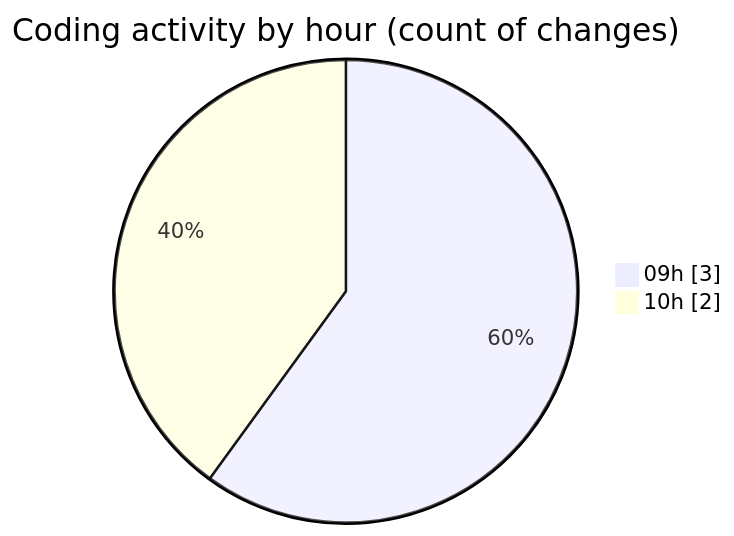
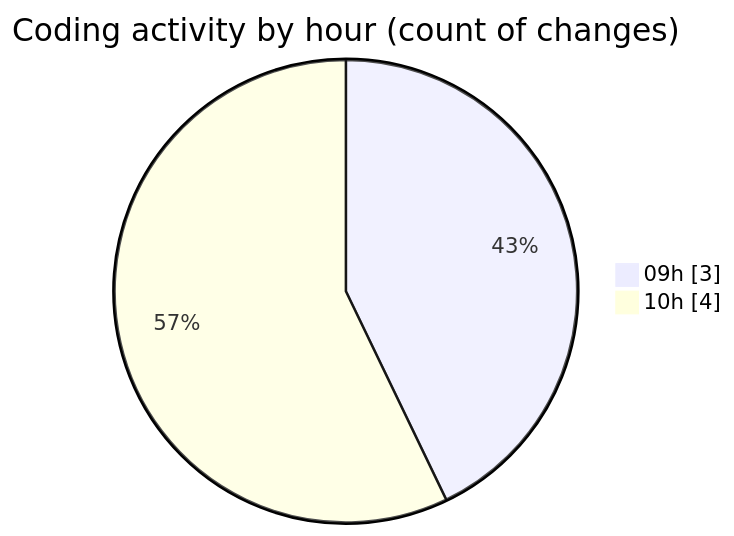
The second of 2 diagrams in 2025-05-02/ecodeli/README.md (CELIANVF/code-tracking), drawn with Mermaid before and after one commit. The commit also changed other lines of this file and 1 other file, not shown here.

````diff
--- a/2025-05-02/ecodeli/README.md
+++ b/2025-05-02/ecodeli/README.md
@@ -32,6 +33,6 @@
 ```mermaid
 pie showData
 title Coding activity by hour (count of changes)
 "09h" : 3
-"10h" : 2
+"10h" : 4
 ```
````
